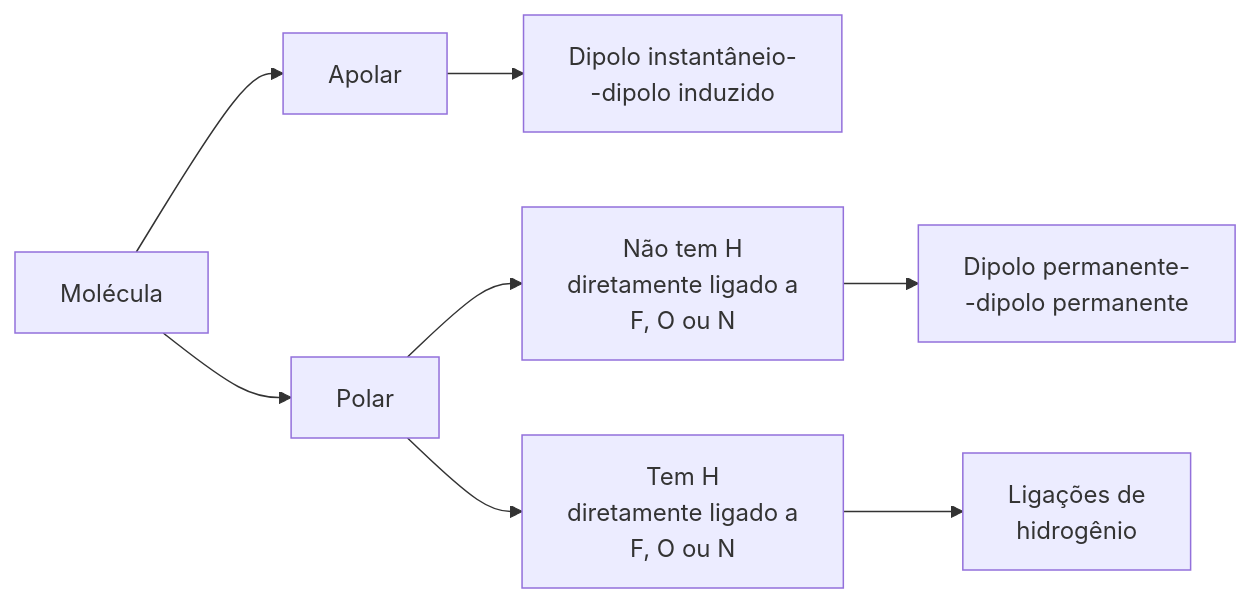
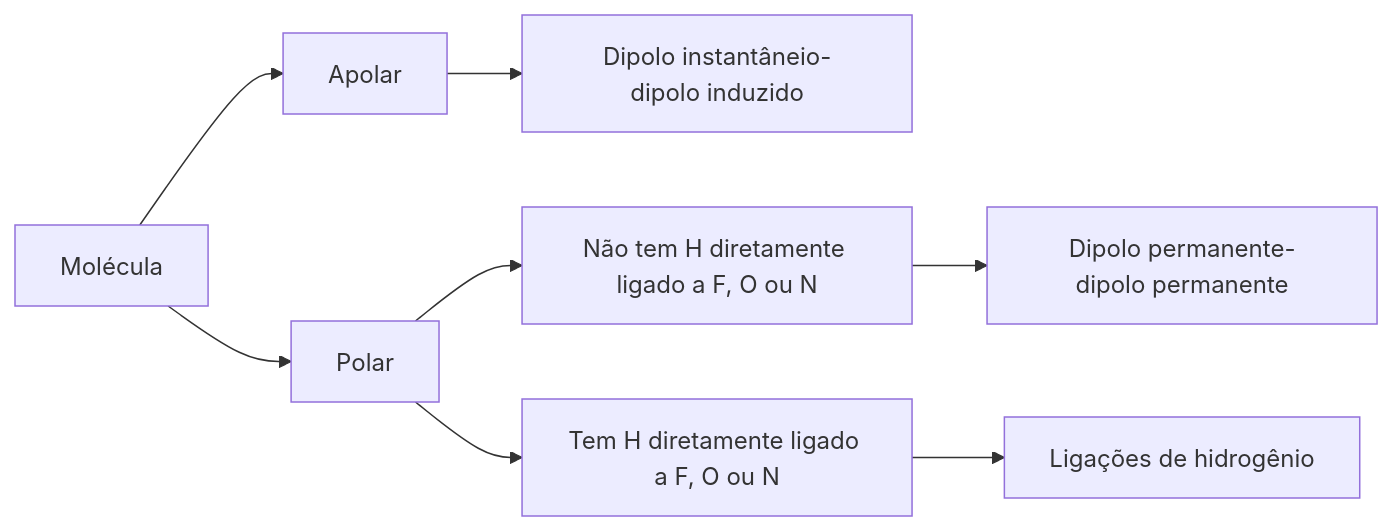
The second of 2 diagrams in enem/química/Átomos.md (Pediatra/anotacoes), drawn with Mermaid before and after one commit. The commit also changed other lines of this file and 10 other files, not shown here.

````diff
--- a/enem/química/Átomos.md
+++ b/enem/química/Átomos.md
@@ -510,10 +510,10 @@
 ```mermaid
 flowchart LR
 m[Molécula] --> p[Polar]
 m --> a[Apolar]
-a --> di[Dipolo instantâneio-\n-dipolo induzido]
-p --> n[Não tem H \n diretamente ligado a \n F, O ou N]
-p --> t[Tem H \n diretamente ligado a \n F, O ou N]
-n --> dp[Dipolo permanente-\n-dipolo permanente]
-t --> lh[Ligações de\n hidrogênio]
+a --> di[Dipolo instantâneio-dipolo induzido]
+p --> n[Não tem H diretamente ligado a F, O ou N]
+p --> t[Tem H diretamente ligado a F, O ou N]
+n --> dp[Dipolo permanente-dipolo permanente]
+t --> lh[Ligações de hidrogênio]
 ```
````
